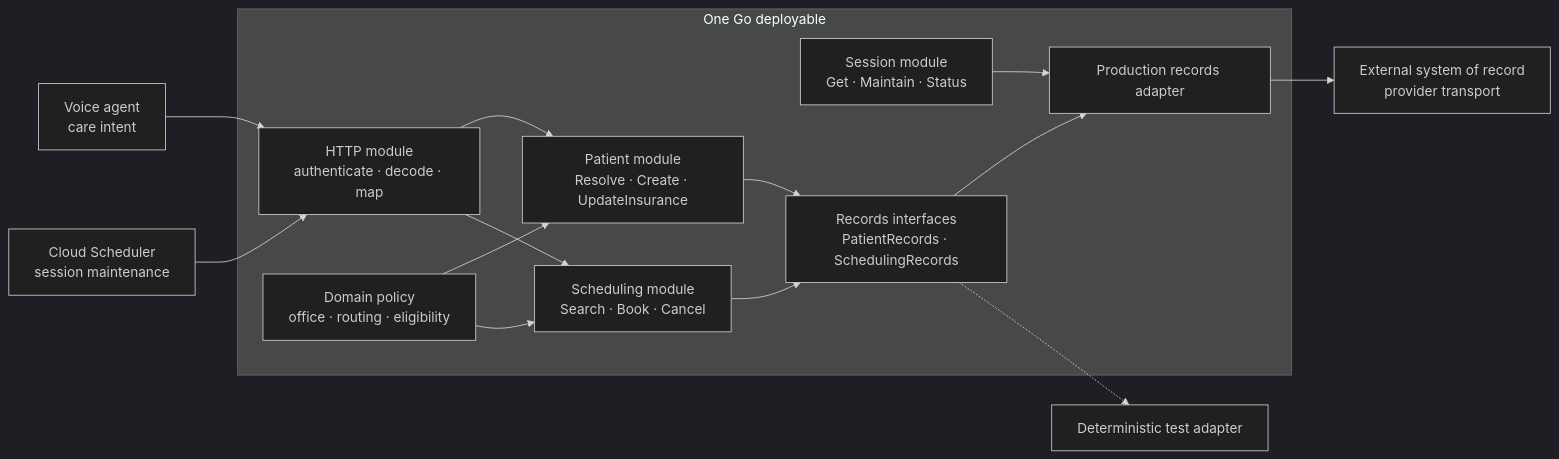
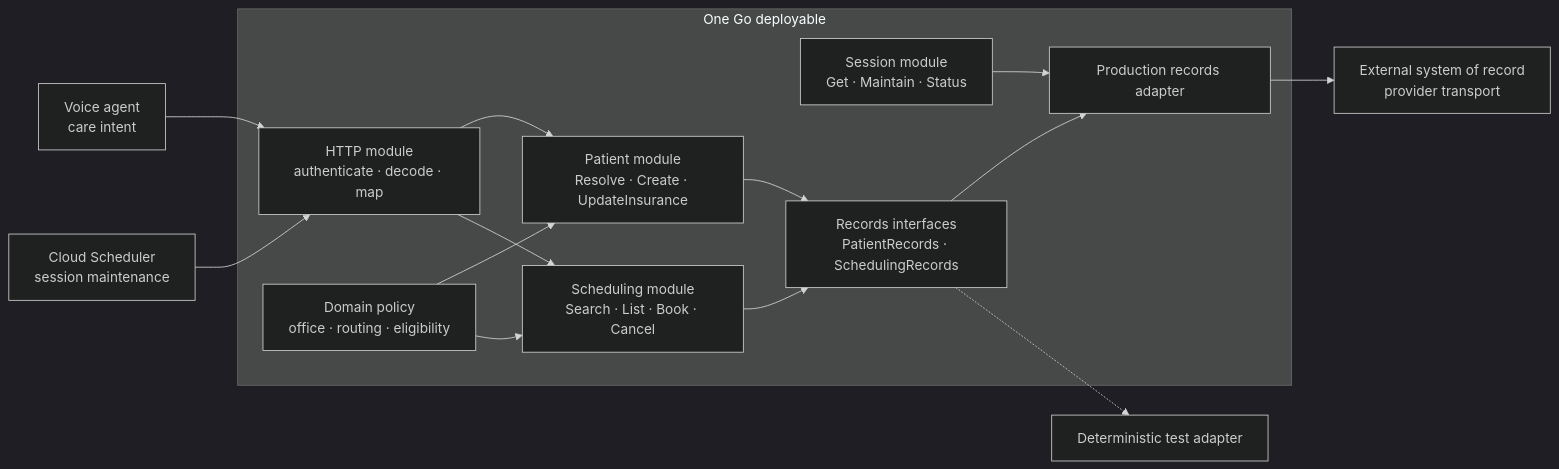
The first of 5 diagrams in README.md (Data-Buddies-Solutions/amd_middleware), drawn with Mermaid (dark theme) before and after one commit. The commit also changed other lines of this file and 4 other files, not shown here.

````diff
--- a/README.md
+++ b/README.md
@@ -21,29 +21,29 @@
 ```mermaid
 flowchart LR
     caller["Voice agent<br/>care intent"]
     scheduler["Cloud Scheduler<br/>session maintenance"]
 
     subgraph app["One Go deployable"]
         http["HTTP module<br/>authenticate · decode · map"]
         patient["Patient module<br/>Resolve · Create · UpdateInsurance"]
-        scheduling["Scheduling module<br/>Search · Book · Cancel"]
+        scheduling["Scheduling module<br/>Search · List · Book · Cancel"]
         policy["Domain policy<br/>office · routing · eligibility"]
         session["Session module<br/>Get · Maintain · Status"]
         records["Records interfaces<br/>PatientRecords · SchedulingRecords"]
         adapter["Production records adapter"]
 
         http --> patient
         http --> scheduling
         policy --> patient
         policy --> scheduling
         patient --> records
         scheduling --> records
         records --> adapter
         session --> adapter
     end
 
     caller --> http
     scheduler --> http
     adapter --> provider["External system of record<br/>provider transport"]
     records -.-> testadapter["Deterministic test adapter"]
 ```
````
